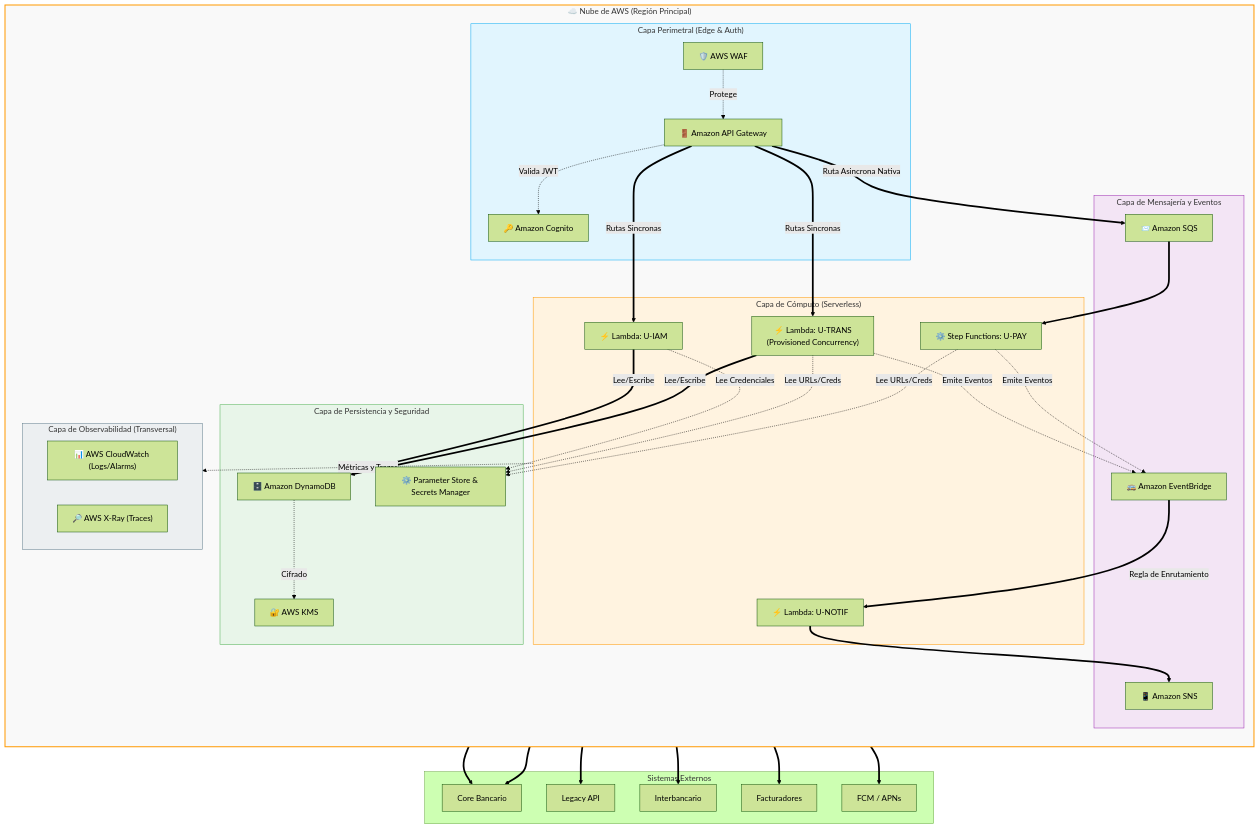
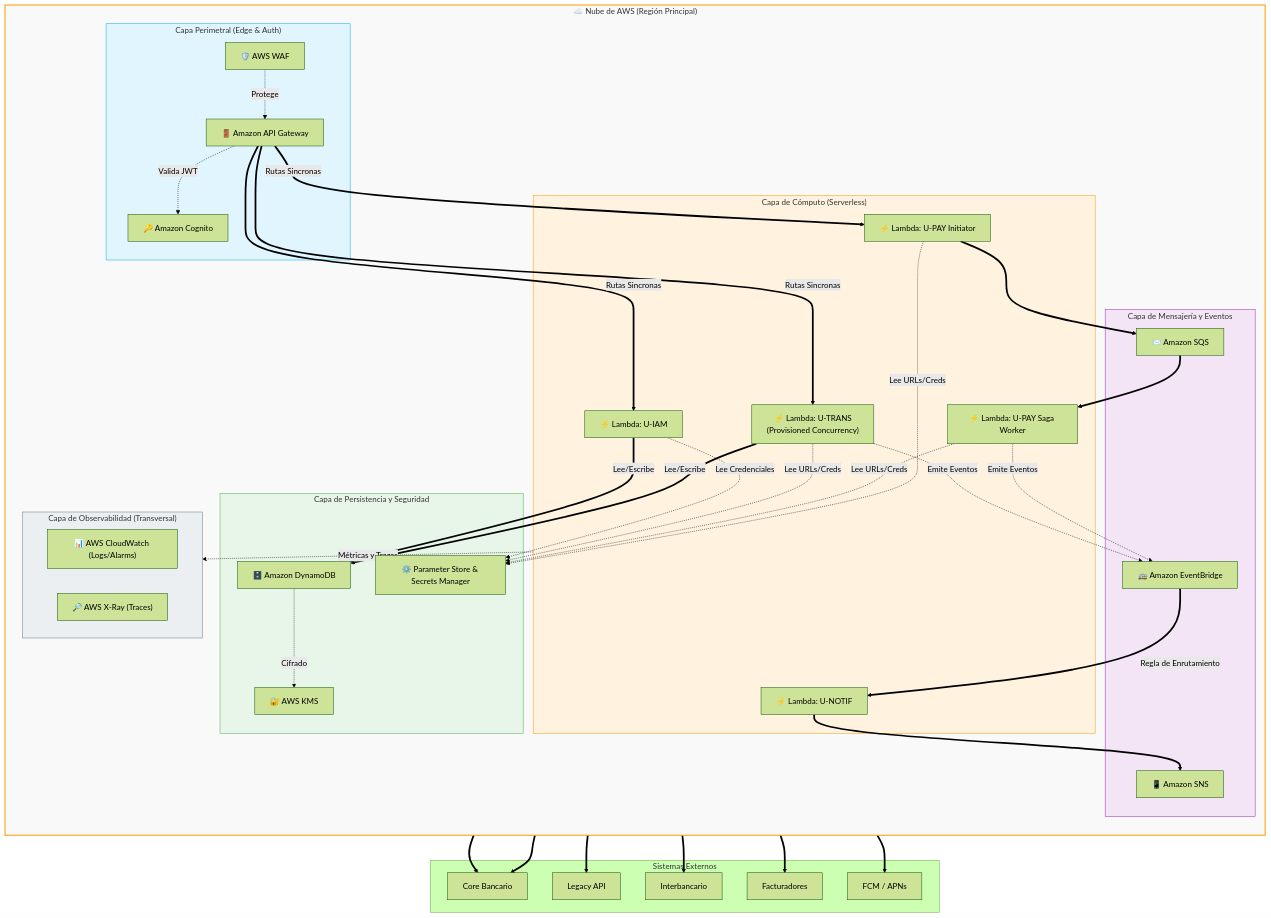
The fifth of 7 diagrams in README.md (shadoweagle1228/pruebainetum), drawn with Mermaid (forest theme) before and after one commit. The commit also changed other lines of this file and 1 other file, not shown here.

Commit message:
docs: sync all diagrams to accurately reflect Lambda/SQS Saga implementation instead of Step Functions

```diff
--- a/README.md
+++ b/README.md
@@ -466,7 +469,8 @@
         subgraph COMPUTE["Capa de Cómputo (Serverless)"]
             L_IAM["⚡ Lambda: U-IAM"]
             L_TRANS["⚡ Lambda: U-TRANS\n(Provisioned Concurrency)"]
-            SF_PAY["⚙️ Step Functions: U-PAY"]
+            L_PAY_INIT["⚡ Lambda: U-PAY Initiator"]
+            L_PAY_WRK["⚡ Lambda: U-PAY Saga Worker"]
             L_NOTIF["⚡ Lambda: U-NOTIF"]
         end
 
@@ -491,12 +495,13 @@
         %% Conexiones Edge -> Compute
         API == Rutas Sincronas ==> L_IAM
         API == Rutas Sincronas ==> L_TRANS
-        API == Ruta Asincrona Nativa ==> SQS
+        API == Rutas Sincronas ==> L_PAY_INIT
         
         %% Conexiones Compute -> Messaging
-        SQS ==> SF_PAY
+        L_PAY_INIT ==> SQS
+        SQS ==> L_PAY_WRK
         L_TRANS -. Emite Eventos .-> EB
-        SF_PAY -. Emite Eventos .-> EB
+        L_PAY_WRK -. Emite Eventos .-> EB
         EB ==>|Regla de Enrutamiento| L_NOTIF
         L_NOTIF ==> SNS
 
@@ -505,7 +510,8 @@
         L_TRANS ==>|Lee/Escribe| DDB
         L_IAM -. Lee Credenciales .-> SSM
         L_TRANS -. Lee URLs/Creds .-> SSM
-        SF_PAY -. Lee URLs/Creds .-> SSM
+        L_PAY_WRK -. Lee URLs/Creds .-> SSM
+        L_PAY_INIT -. Lee URLs/Creds .-> SSM
 
         %% Trazabilidad
         COMPUTE -. Métricas y Trazas .-> OBSERVABILITY
@@ -523,8 +529,8 @@
     L_IAM ==> LEG
     L_TRANS ==> INT
     L_TRANS ==> CORE
-    SF_PAY ==> CORE
-    SF_PAY ==> BILL
+    L_PAY_WRK ==> CORE
+    L_PAY_WRK ==> BILL
     SNS ==> PUSH
 
     style AWS fill:#f9f9f9,stroke:#ff9900,stroke-width:2px
```
